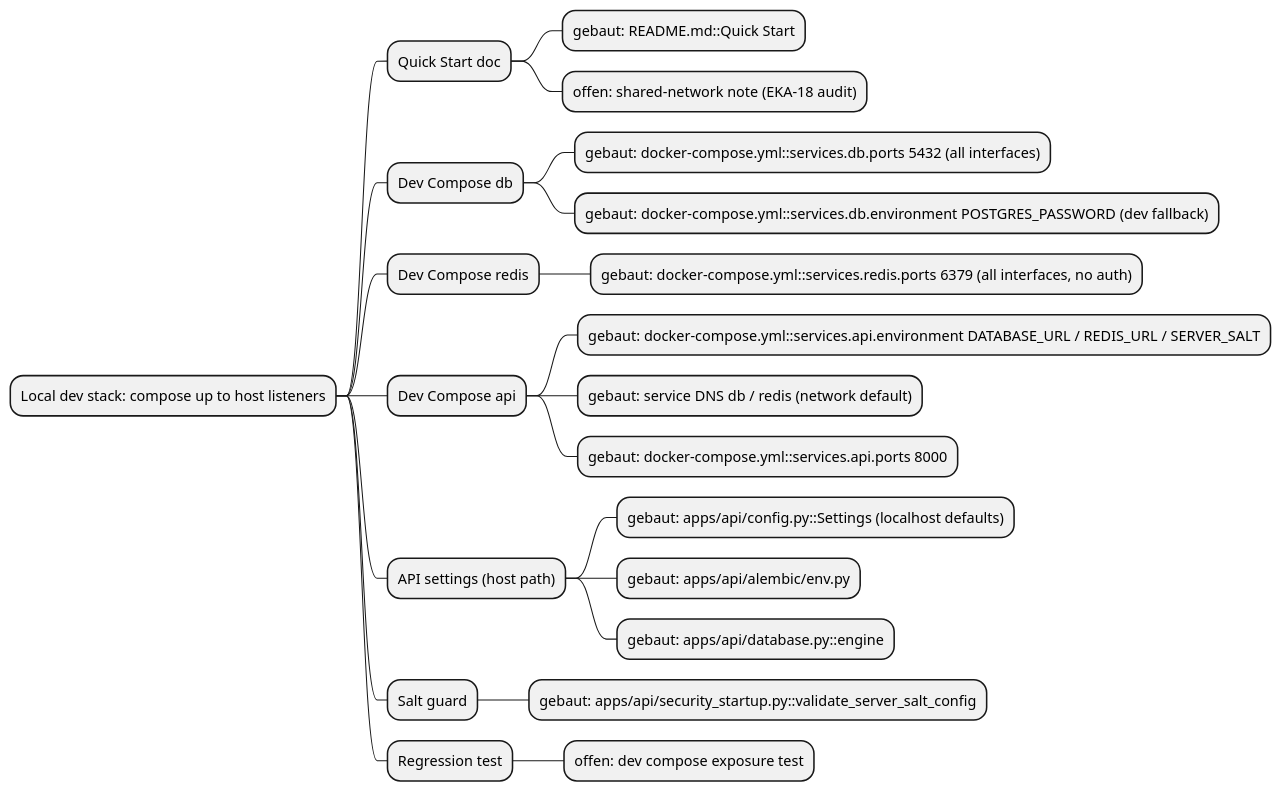
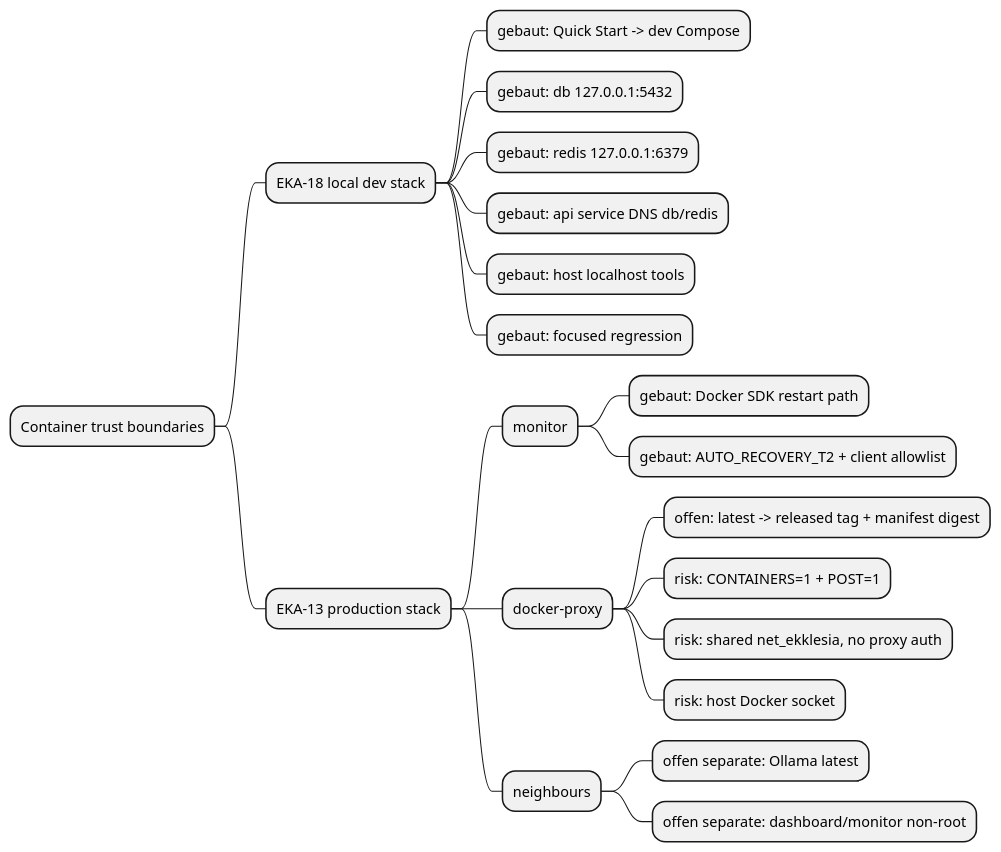
One commit to NeaBouli/pnyx changed the first of 2 diagrams in docs/architecture/map.puml. Above: the diagram before and after it, drawn with PlantUML. The commit also changed other lines of this file and 6 other files, not shown here.

Commit message:
docs(architecture): integrate EKA-13 container trust boundary

```diff
--- a/docs/architecture/map.puml
+++ b/docs/architecture/map.puml
@@ -1,24 +1,22 @@
 @startmindmap
-' EKA-18 — Local Developer Stack / Compose Exposure Boundary (base 2bfda8e)
-* Local dev stack: compose up to host listeners
-** Quick Start doc
-*** gebaut: README.md::Quick Start
-*** offen: shared-network note (EKA-18 audit)
-** Dev Compose db
-*** gebaut: docker-compose.yml::services.db.ports 5432 (all interfaces)
-*** gebaut: docker-compose.yml::services.db.environment POSTGRES_PASSWORD (dev fallback)
-** Dev Compose redis
-*** gebaut: docker-compose.yml::services.redis.ports 6379 (all interfaces, no auth)
-** Dev Compose api
-*** gebaut: docker-compose.yml::services.api.environment DATABASE_URL / REDIS_URL / SERVER_SALT
-*** gebaut: service DNS db / redis (network default)
-*** gebaut: docker-compose.yml::services.api.ports 8000
-** API settings (host path)
-*** gebaut: apps/api/config.py::Settings (localhost defaults)
-*** gebaut: apps/api/alembic/env.py
-*** gebaut: apps/api/database.py::engine
-** Salt guard
-*** gebaut: apps/api/security_startup.py::validate_server_salt_config
-** Regression test
-*** offen: dev compose exposure test
+* Container trust boundaries
+** EKA-18 local dev stack
+*** gebaut: Quick Start -> dev Compose
+*** gebaut: db 127.0.0.1:5432
+*** gebaut: redis 127.0.0.1:6379
+*** gebaut: api service DNS db/redis
+*** gebaut: host localhost tools
+*** gebaut: focused regression
+** EKA-13 production stack
+*** monitor
+**** gebaut: Docker SDK restart path
+**** gebaut: AUTO_RECOVERY_T2 + client allowlist
+*** docker-proxy
+**** offen: latest -> released tag + manifest digest
+**** risk: CONTAINERS=1 + POST=1
+**** risk: shared net_ekklesia, no proxy auth
+**** risk: host Docker socket
+*** neighbours
+**** offen separate: Ollama latest
+**** offen separate: dashboard/monitor non-root
 @endmindmap
```
